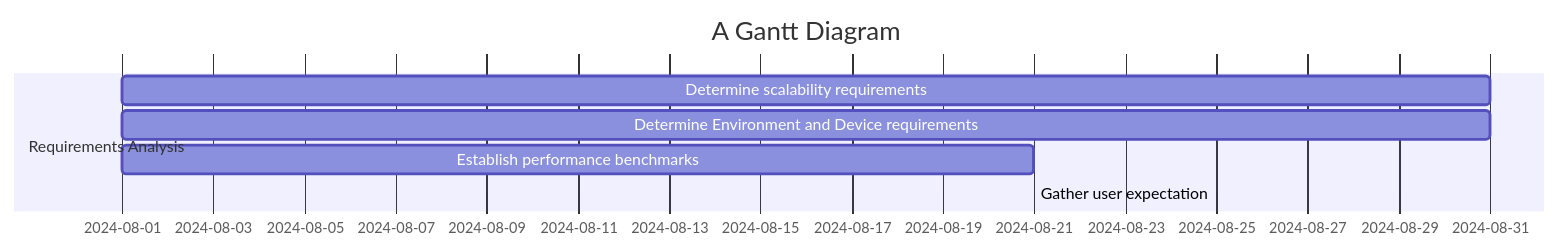
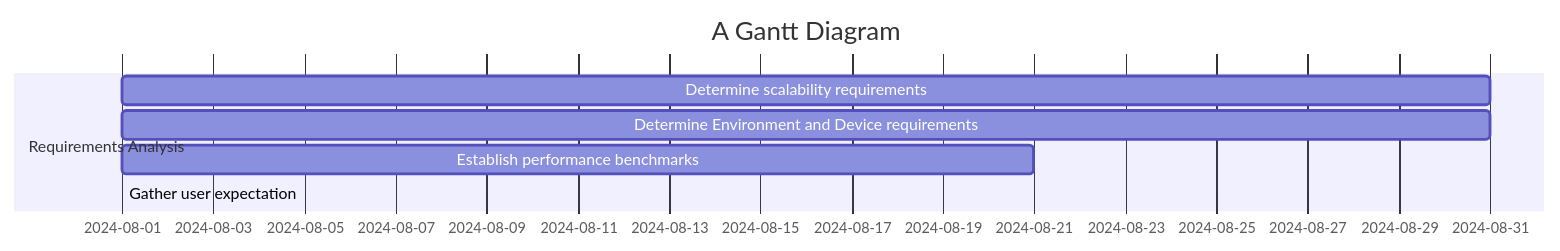
The diagram in all/Untitled-2.md (sayshelley/iodraw-files), drawn with Mermaid before and after one commit.

Commit message:
2024-10-04 23:48:23 update

````diff
--- a/all/Untitled-2.md
+++ b/all/Untitled-2.md
@@ -1,20 +1,20 @@
 ```mermaid
 gantt
     title A Gantt Diagram
     dateFormat  YYYY-MM-DD
     section Requirements Analysis
         Determine scalability requirements: a1, 2024-08-01, 30d
         Determine Environment and Device requirements: a2, 2024-08-01, 30d
         Establish performance benchmarks: a3, 2024-08-01, 20d
-        Gather user expectation: a
+        Gather user expectation: a4, 2024-08-01, 
         
     section Design
 
     section Develop
 
 
     
 
 
    
 ```
````
